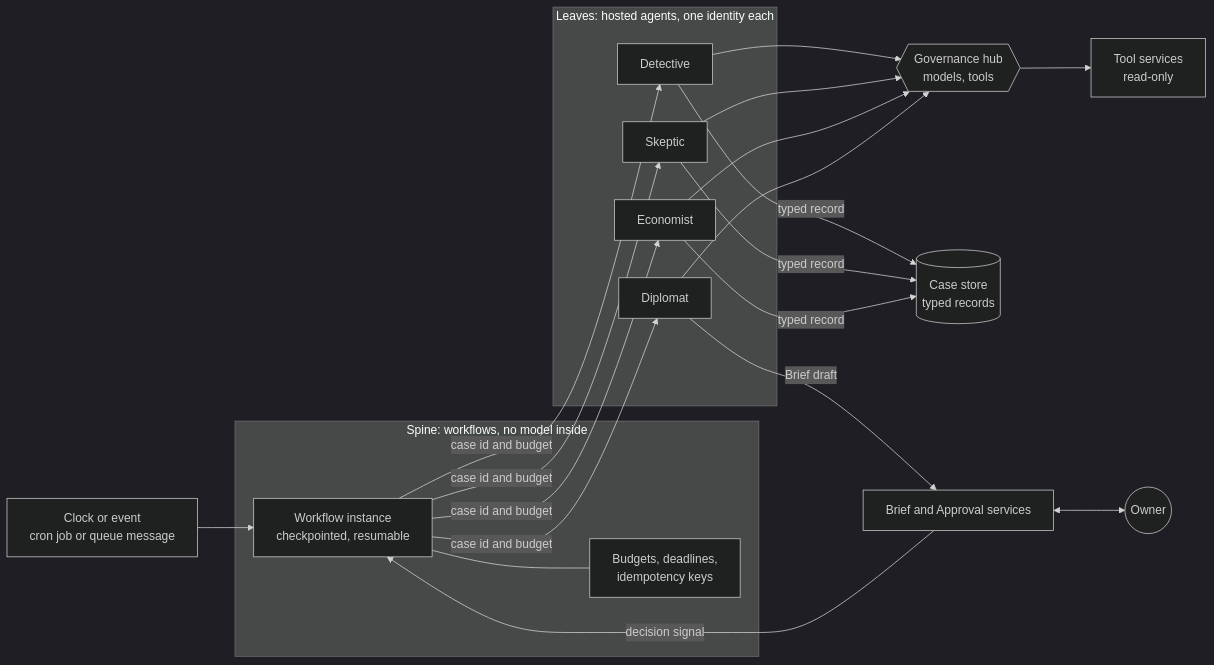
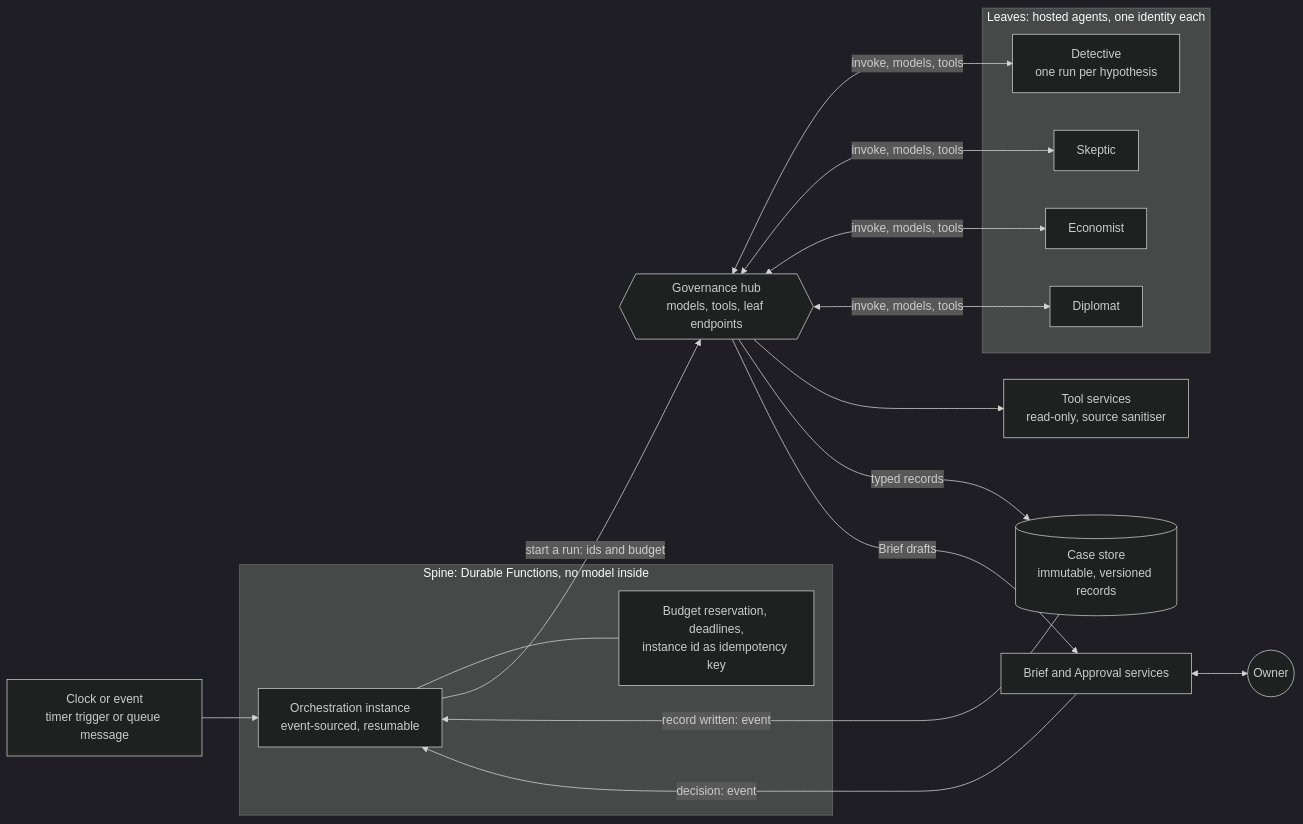
One commit to tinodo/meternaut changed the first of 2 diagrams in docs/design/05-agents-and-orchestration.md. Above: the diagram before and after it, drawn with Mermaid (dark theme). The commit also changed other lines of this file and 23 other files, not shown here.

````diff
--- a/docs/design/05-agents-and-orchestration.md
+++ b/docs/design/05-agents-and-orchestration.md
@@ -11,36 +11,32 @@
 ```mermaid
 flowchart LR
-    CLK["Clock or event<br/>cron job or queue message"]
-    subgraph SP["Spine: workflows, no model inside"]
-        WF["Workflow instance<br/>checkpointed, resumable"]
-        GD["Budgets, deadlines,<br/>idempotency keys"]
+    CLK["Clock or event<br/>timer trigger or queue message"]
+    subgraph SP["Spine: Durable Functions, no model inside"]
+        WF["Orchestration instance<br/>event-sourced, resumable"]
+        GD["Budget reservation, deadlines,<br/>instance id as idempotency key"]
     end
     subgraph LV["Leaves: hosted agents, one identity each"]
-        L1["Detective"]
+        L1["Detective<br/>one run per hypothesis"]
         L2["Skeptic"]
         L3["Economist"]
         L4["Diplomat"]
     end
-    HUB{{"Governance hub<br/>models, tools"}}
-    TS["Tool services<br/>read-only"]
-    CASE[("Case store<br/>typed records")]
+    HUB{{"Governance hub<br/>models, tools, leaf endpoints"}}
+    TS["Tool services<br/>read-only, source sanitiser"]
+    CASE[("Case store<br/>immutable, versioned records")]
     BRF["Brief and Approval services"]
     OWN(("Owner"))
     CLK --> WF
     WF --- GD
-    WF -->|"case id and budget"| L1
-    WF -->|"case id and budget"| L2
-    WF -->|"case id and budget"| L3
-    WF -->|"case id and budget"| L4
-    L1 --> HUB
-    L2 --> HUB
-    L3 --> HUB
-    L4 --> HUB
+    WF -->|"start a run: ids and budget"| HUB
+    HUB <-->|"invoke, models, tools"| L1
+    HUB <-->|"invoke, models, tools"| L2
+    HUB <-->|"invoke, models, tools"| L3
+    HUB <-->|"invoke, models, tools"| L4
     HUB --> TS
-    L1 -->|"typed record"| CASE
-    L2 -->|"typed record"| CASE
-    L3 -->|"typed record"| CASE
-    L4 -->|"Brief draft"| BRF
+    HUB -->|"typed records"| CASE
+    HUB -->|"Brief drafts"| BRF
+    CASE -->|"record written: event"| WF
     BRF <--> OWN
-    BRF -->|"decision signal"| WF
+    BRF -->|"decision: event"| WF
 ```
````
